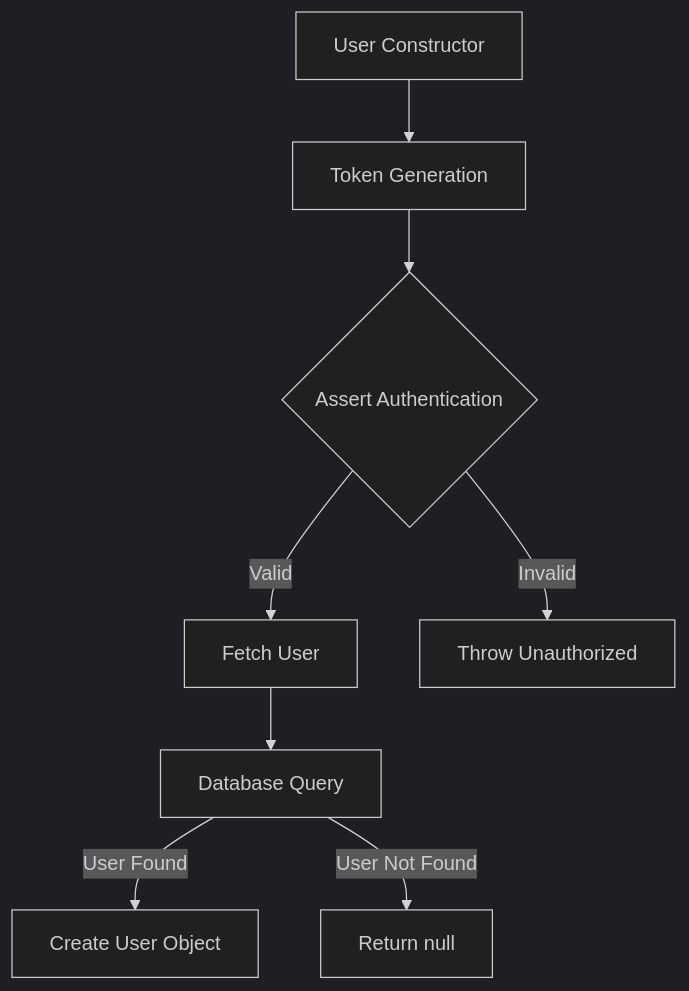
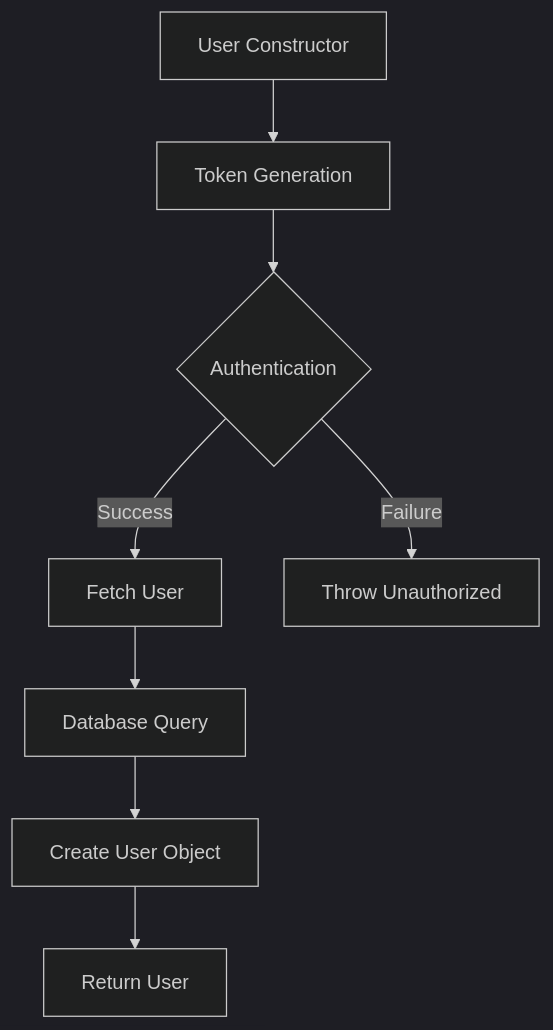
One commit to julioarruda/vulnado changed the first of 2 diagrams in wiki/src/java/com/scalesec/vulnado/User.java.md. Above: the diagram before and after it, drawn with Mermaid (dark theme). The commit also changed other lines of this file and 1 other file, not shown here.

````diff
--- a/wiki/src/java/com/scalesec/vulnado/User.java.md
+++ b/wiki/src/java/com/scalesec/vulnado/User.java.md
@@ -9,10 +9,10 @@
 ```mermaid
 flowchart TD
     A["User Constructor"] --> B["Token Generation"]
-    B --> C{"Assert Authentication"}
-    C -->|"Valid"| D["Fetch User"]
-    C -->|"Invalid"| E["Throw Unauthorized"]
+    B --> C{"Authentication"}
+    C -->|"Success"| D["Fetch User"]
+    C -->|"Failure"| E["Throw Unauthorized"]
     D --> F["Database Query"]
-    F -->|"User Found"| G["Create User Object"]
-    F -->|"User Not Found"| H["Return null"]
+    F --> G["Create User Object"]
+    G --> H["Return User"]
 ```
````
